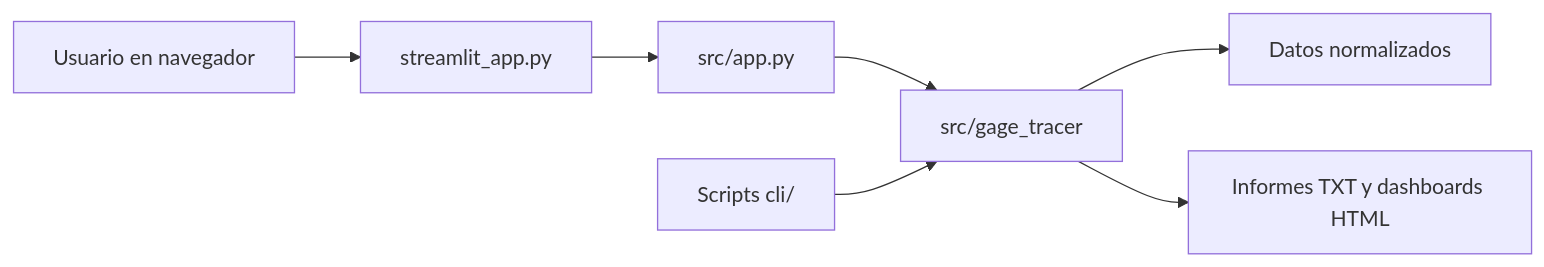
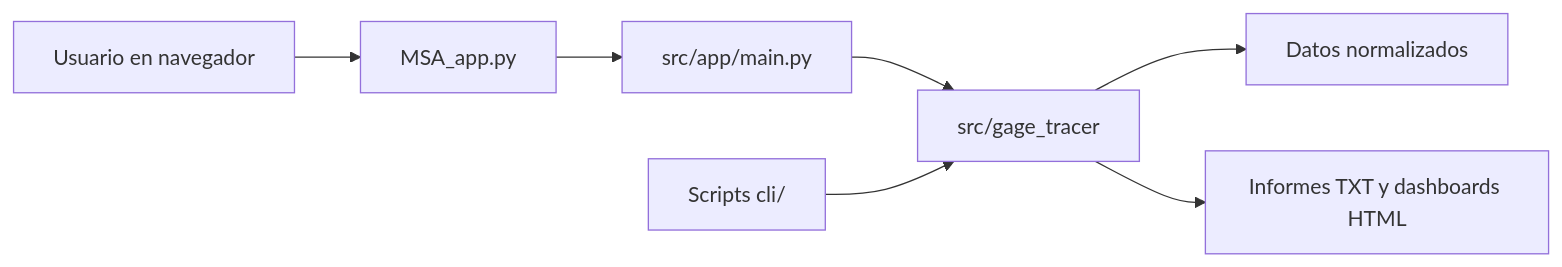
Before and after one commit to JoseHerrera96/MSA_gage_handy_tool: the diagram in README.md, drawn with Mermaid. The commit also changed other lines of this file and 69 other files, not shown here.

First line of the commit message:
complete MSA architecture modernization

````diff
--- a/README.md
+++ b/README.md
@@ -25,9 +45,9 @@
 ```mermaid
 flowchart LR
-		Browser[Usuario en navegador] --> Launcher[streamlit_app.py]
-		Launcher --> UI[src/app.py]
+		Browser[Usuario en navegador] --> Launcher[MSA_app.py]
+		Launcher --> UI[src/app/main.py]
 		UI --> Domain[src/gage_tracer]
 		CLI[Scripts cli/] --> Domain
 		Domain --> Data[Datos normalizados]
 		Domain --> Reports[Informes TXT y dashboards HTML]
 ```
````
